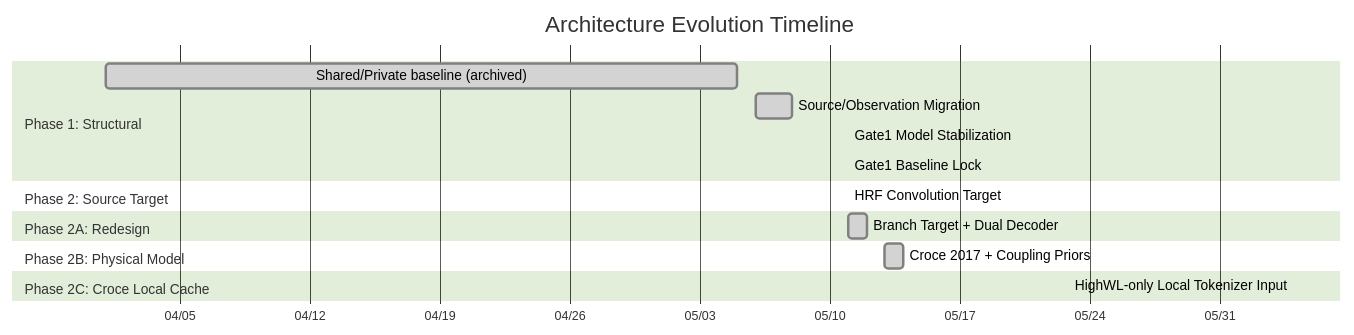
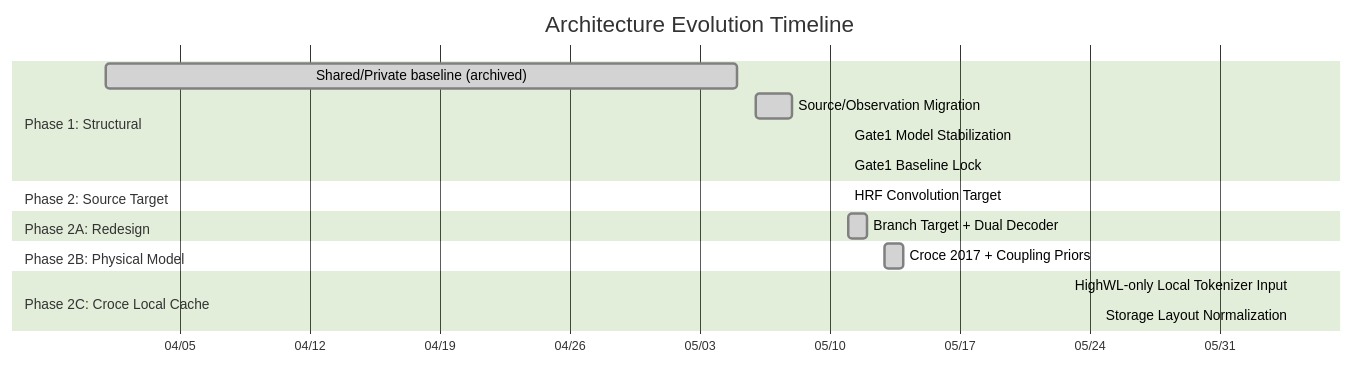
One commit to Kevin65536/PID-MCM changed the diagram in docs/architecture_changelog/INDEX.md. Above: the diagram before and after it, drawn with Mermaid (forest theme). The commit also changed other lines of this file and 15 other files, not shown here.

Commit message:
Normalize Croce highWL storage layout

````diff
--- a/docs/architecture_changelog/INDEX.md
+++ b/docs/architecture_changelog/INDEX.md
@@ -11,19 +11,20 @@
 ```mermaid
 gantt
     title Architecture Evolution Timeline
     dateFormat  YYYY-MM-DD
     axisFormat  %m/%d
     section Phase 1: Structural
         Shared/Private baseline (archived) :done, 2026-04-01, 2026-05-05
         Source/Observation Migration      :done, 2026-05-06, 2026-05-08
         Gate1 Model Stabilization         :done, 2026-05-11, 2026-05-11
         Gate1 Baseline Lock               :done, 2026-05-11, 2026-05-11
     section Phase 2: Source Target
         HRF Convolution Target            :done, 2026-05-11, 2026-05-11
     section Phase 2A: Redesign
         Branch Target + Dual Decoder      :done, 2026-05-11, 2026-05-12
     section Phase 2B: Physical Model
         Croce 2017 + Coupling Priors      :done, 2026-05-13, 2026-05-14
     section Phase 2C: Croce Local Cache
         HighWL-only Local Tokenizer Input :done, 2026-06-04, 2026-06-04
+        Storage Layout Normalization      :done, 2026-06-04, 2026-06-04
 ```
````
